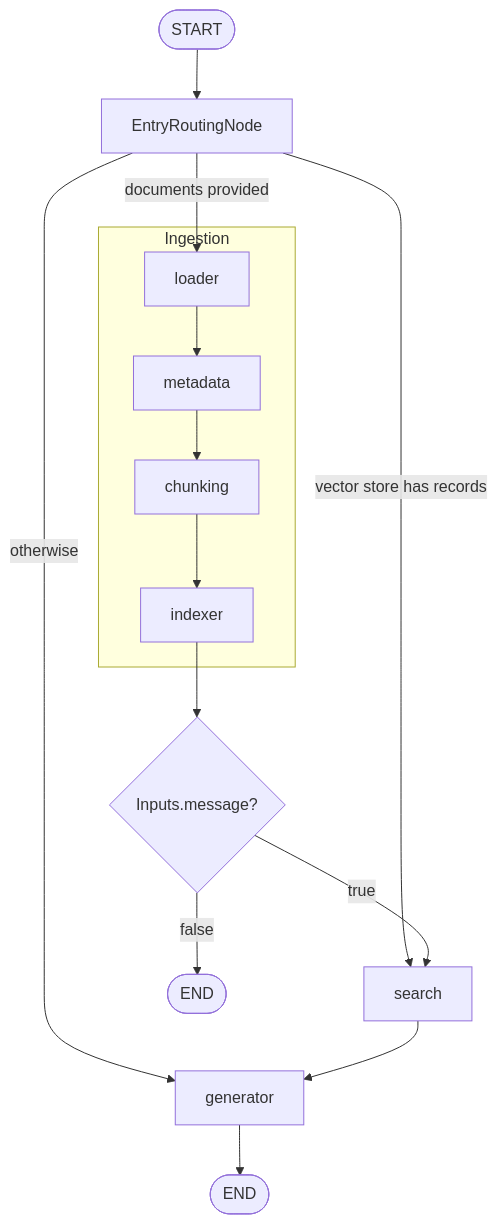
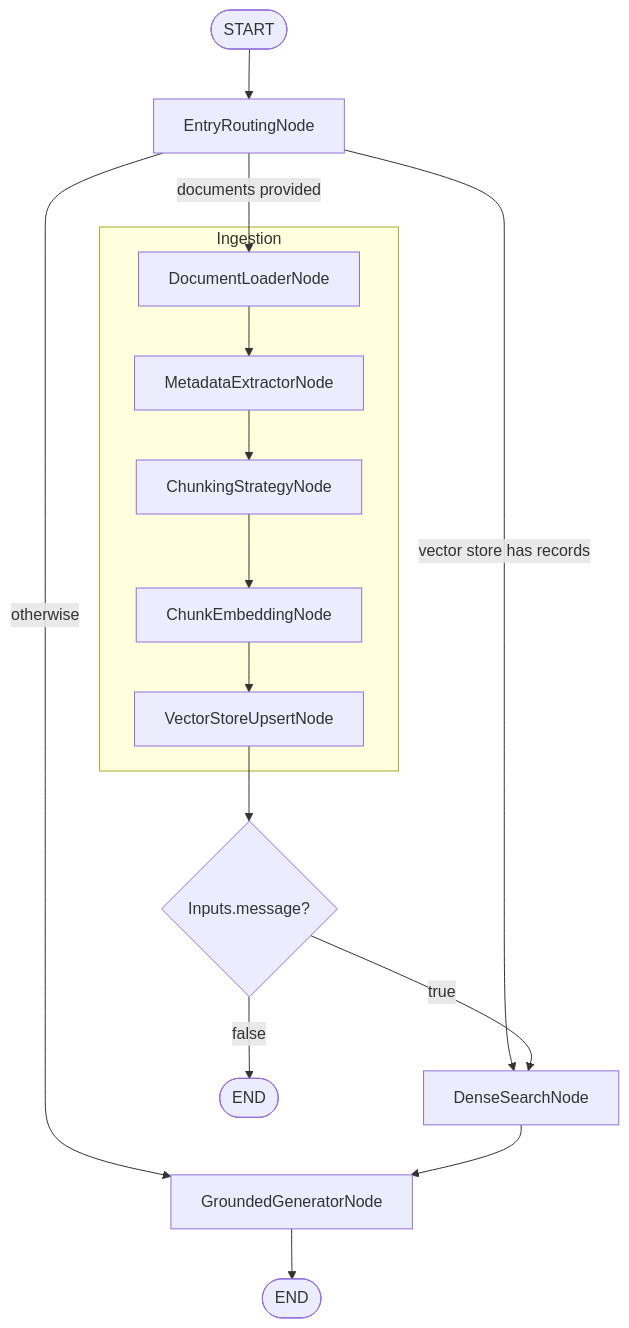
One commit to ShaojieJiang/orcheo changed the diagram in examples/conversational_search/demo_1_basic_rag/README.md. Above: the diagram before and after it, drawn with Mermaid. The commit also changed other lines of this file and 48 other files, not shown here.

````diff
--- a/examples/conversational_search/demo_1_basic_rag/README.md
+++ b/examples/conversational_search/demo_1_basic_rag/README.md
@@ -77,17 +77,17 @@
 ```mermaid
 flowchart TD
     start([START]) --> entry[EntryRoutingNode]
-    entry -->|documents provided| loader
-    entry -->|vector store has records| search
-    entry -->|otherwise| generator
+    entry -->|documents provided| loader[DocumentLoaderNode]
+    entry -->|vector store has records| search[DenseSearchNode]
+    entry -->|otherwise| generator[GroundedGeneratorNode]
 
     subgraph Ingestion
-        loader --> metadata --> chunking --> indexer
+        loader --> metadata[MetadataExtractorNode] --> chunking[ChunkingStrategyNode] --> chunk_embedding[ChunkEmbeddingNode] --> vector_upsert[VectorStoreUpsertNode]
     end
 
-    indexer --> post{Inputs.message?}
+    vector_upsert --> post{Inputs.message?}
     post -->|true| search
     post -->|false| end1([END])
 
     search --> generator --> end2([END])
 ```
````
